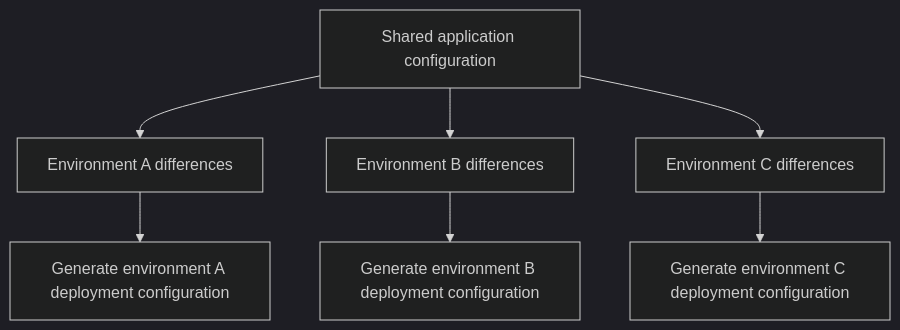
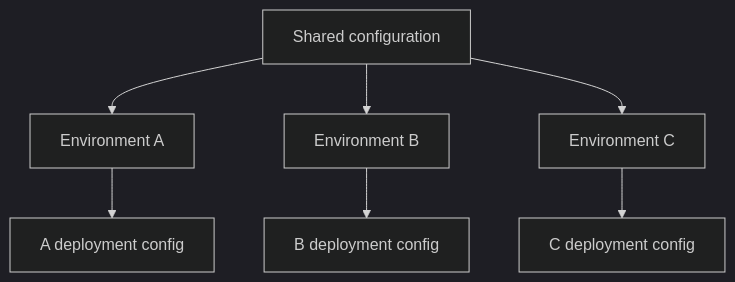
One commit to cytlabs/personal-site changed the second of 2 diagrams in content/en/cases/enterprise-gitops-platform.md. Above: the diagram before and after it, drawn with Mermaid (dark theme). The commit also changed other lines of this file and 17 other files, not shown here.

First line of the commit message:
统一图表排版、主题和大图查看 (#15)

````diff
--- a/content/en/cases/enterprise-gitops-platform.md
+++ b/content/en/cases/enterprise-gitops-platform.md
@@ -40,9 +44,6 @@
 ```mermaid
 flowchart TD
-    A["Shared application configuration"] --> B["Environment A differences"]
-    A --> C["Environment B differences"]
-    A --> D["Environment C differences"]
-    B --> E["Generate environment A deployment configuration"]
-    C --> F["Generate environment B deployment configuration"]
-    D --> G["Generate environment C deployment configuration"]
+    A["Shared configuration"] --> B["Environment A"] --> E["A deployment config"]
+    A --> C["Environment B"] --> F["B deployment config"]
+    A --> D["Environment C"] --> G["C deployment config"]
 ```
````
